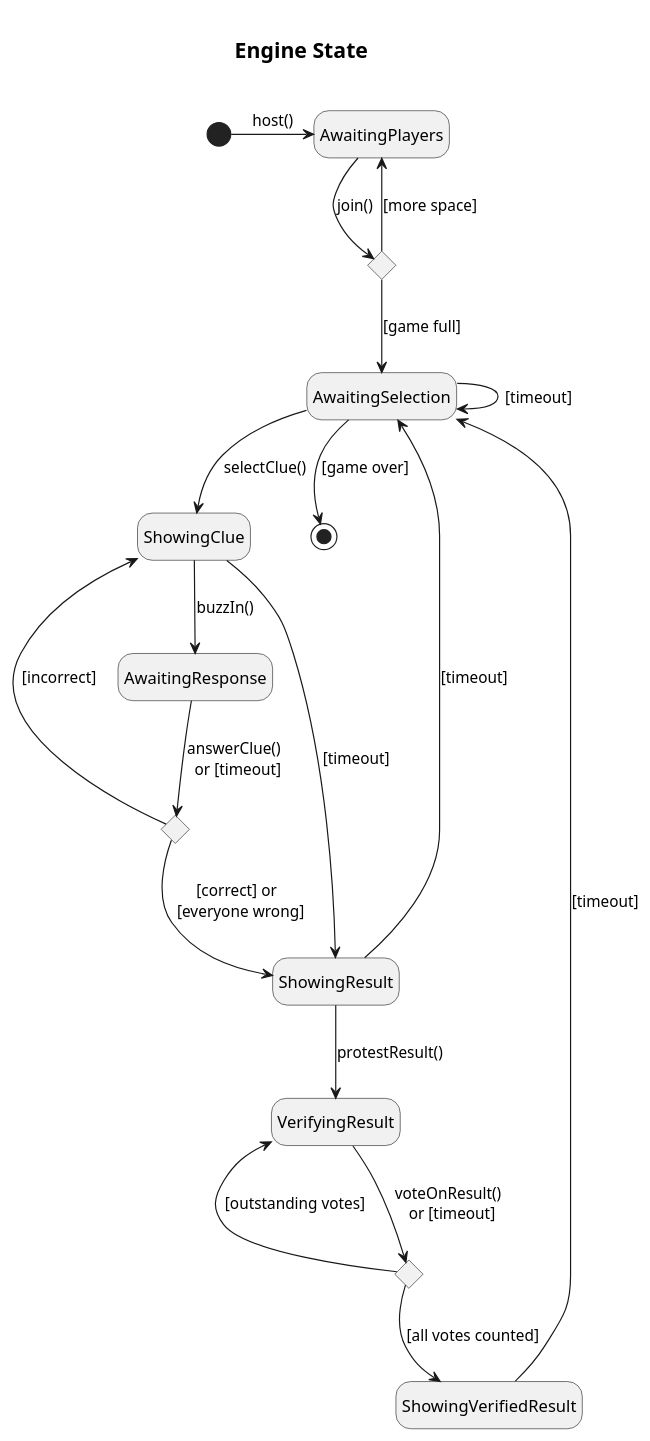
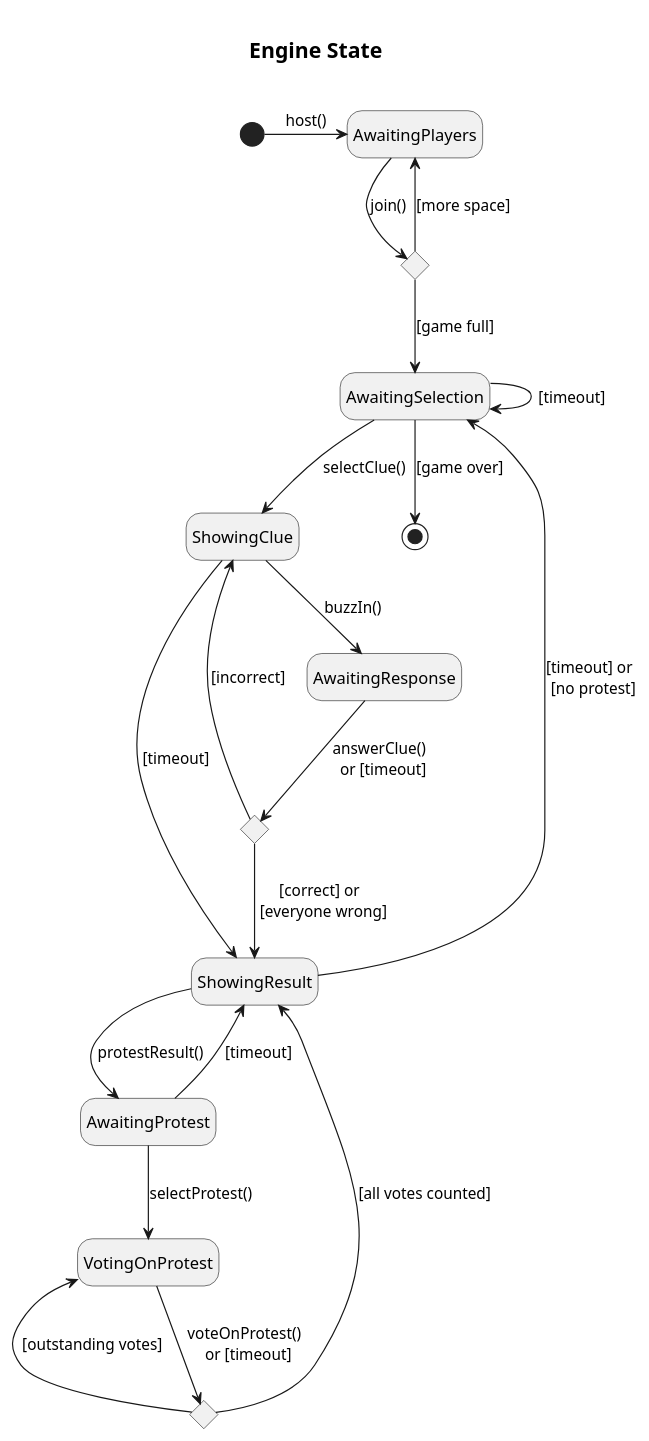
The diagram in server/src/engine/stateDiagram.puml (ddgold/quizzing), drawn with PlantUML before and after one commit. The commit also changed 9 other files, not shown here.

```diff
--- a/server/src/engine/stateDiagram.puml
+++ b/server/src/engine/stateDiagram.puml
@@ -1,37 +1,38 @@
 @startuml stateDiagram
 hide empty description
 
 state AwaitingPlayers
 state AwaitingSelection
 state ShowingClue
 state AwaitingResponse
 state ShowingResult
-state VerifyingResult
-state ShowingVerifiedResult
+state AwaitingProtest
+state VotingOnProtest
 
 state join <<choice>>
 state answerClue <<choice>>
-state voteOnResult <<choice>>
+state voteOnProtest <<choice>>
 
 title \n=Engine State\n
 
 [*] -> AwaitingPlayers : host()
 AwaitingPlayers --> join : join()
 join --> AwaitingPlayers : [more space]
 join --> AwaitingSelection : [game full]
 AwaitingSelection --> ShowingClue : selectClue()
 AwaitingSelection --> AwaitingSelection : [timeout]
 AwaitingSelection --> [*] : [game over]
 ShowingClue --> AwaitingResponse: buzzIn()
 ShowingClue --> ShowingResult: [timeout]
 AwaitingResponse --> answerClue : answerClue() \n or [timeout]
 answerClue --> ShowingResult : [correct] or \n [everyone wrong]
 answerClue --> ShowingClue : [incorrect]
-ShowingResult --> VerifyingResult : protestResult()
-VerifyingResult --> voteOnResult : voteOnResult() \n or [timeout]
-voteOnResult --> VerifyingResult : [outstanding votes]
-voteOnResult --> ShowingVerifiedResult : [all votes counted]
-ShowingResult --> AwaitingSelection : [timeout]
-ShowingVerifiedResult --> AwaitingSelection : [timeout]
+ShowingResult --> AwaitingProtest : protestResult()
+AwaitingProtest --> VotingOnProtest : selectProtest()
+AwaitingProtest --> ShowingResult : [timeout]
+VotingOnProtest --> voteOnProtest : voteOnProtest() \n or [timeout]
+voteOnProtest --> VotingOnProtest : [outstanding votes]
+voteOnProtest --> ShowingResult : [all votes counted]
+ShowingResult --> AwaitingSelection : [timeout] or \n [no protest]
 
 @enduml
```
